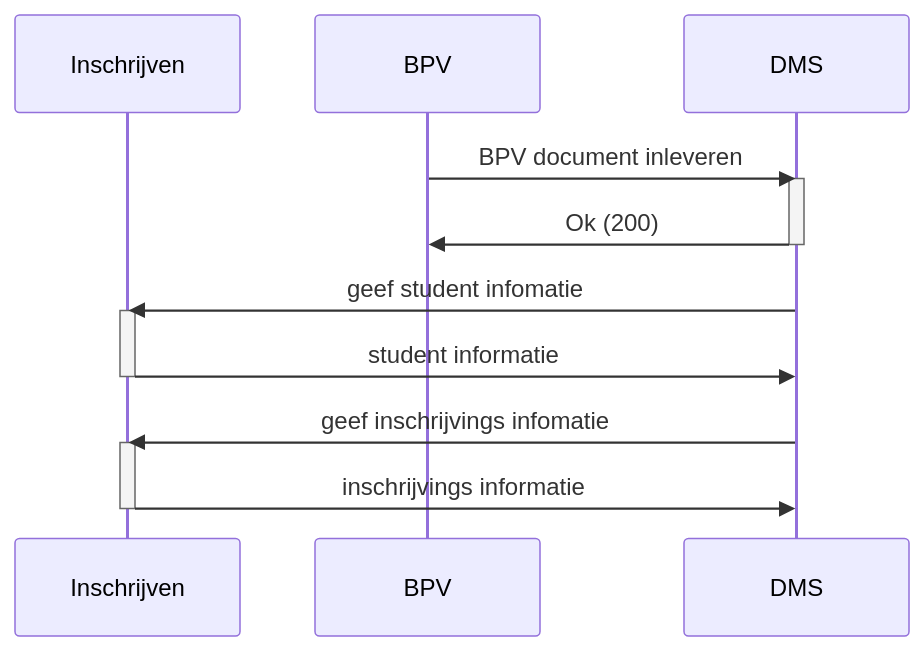
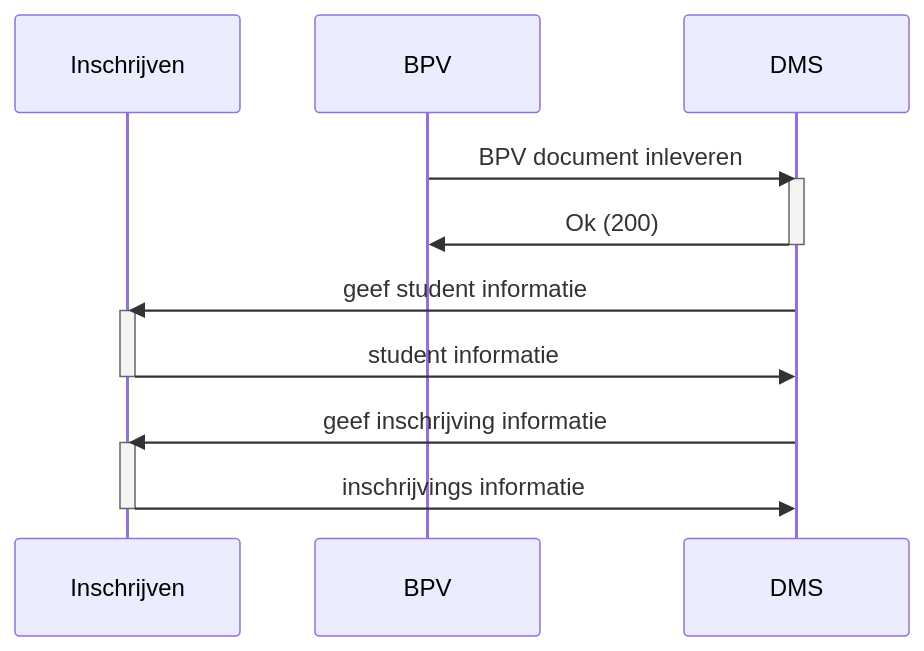
One commit to Onderwijs-Koppelingen-OKx/OKD-Document-Management changed the fourth of 4 diagrams in README.md. Above: the diagram before and after it, drawn with Mermaid. The commit also changed other lines of this file and 15 other files, not shown here.

````diff
--- a/README.md
+++ b/README.md
@@ -166,22 +166,22 @@
 ```mermaid
 sequenceDiagram
     Participant Inschrijven
     Participant BPV
     Participant DMS
 
     BPV->>DMS: BPV document inleveren
     activate DMS
     DMS->>BPV: Ok (200)
     deactivate DMS
 
-    DMS->>Inschrijven: geef student infomatie
+    DMS->>Inschrijven: geef student informatie
     activate Inschrijven
     Inschrijven->>DMS: student informatie
     deactivate Inschrijven
 
-    DMS->>Inschrijven: geef inschrijvings infomatie
+    DMS->>Inschrijven: geef inschrijving informatie
     activate Inschrijven
     Inschrijven->>DMS: inschrijvings informatie
     deactivate Inschrijven
 
 ```
````
